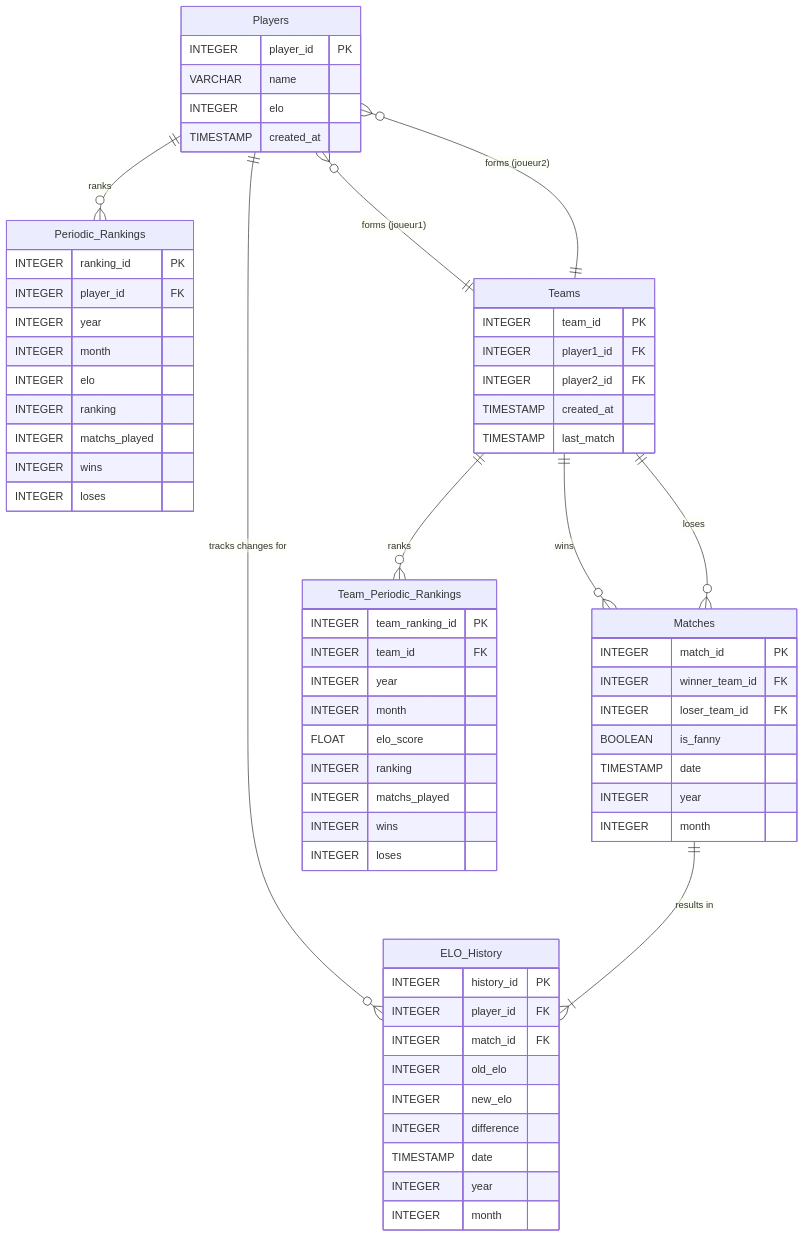
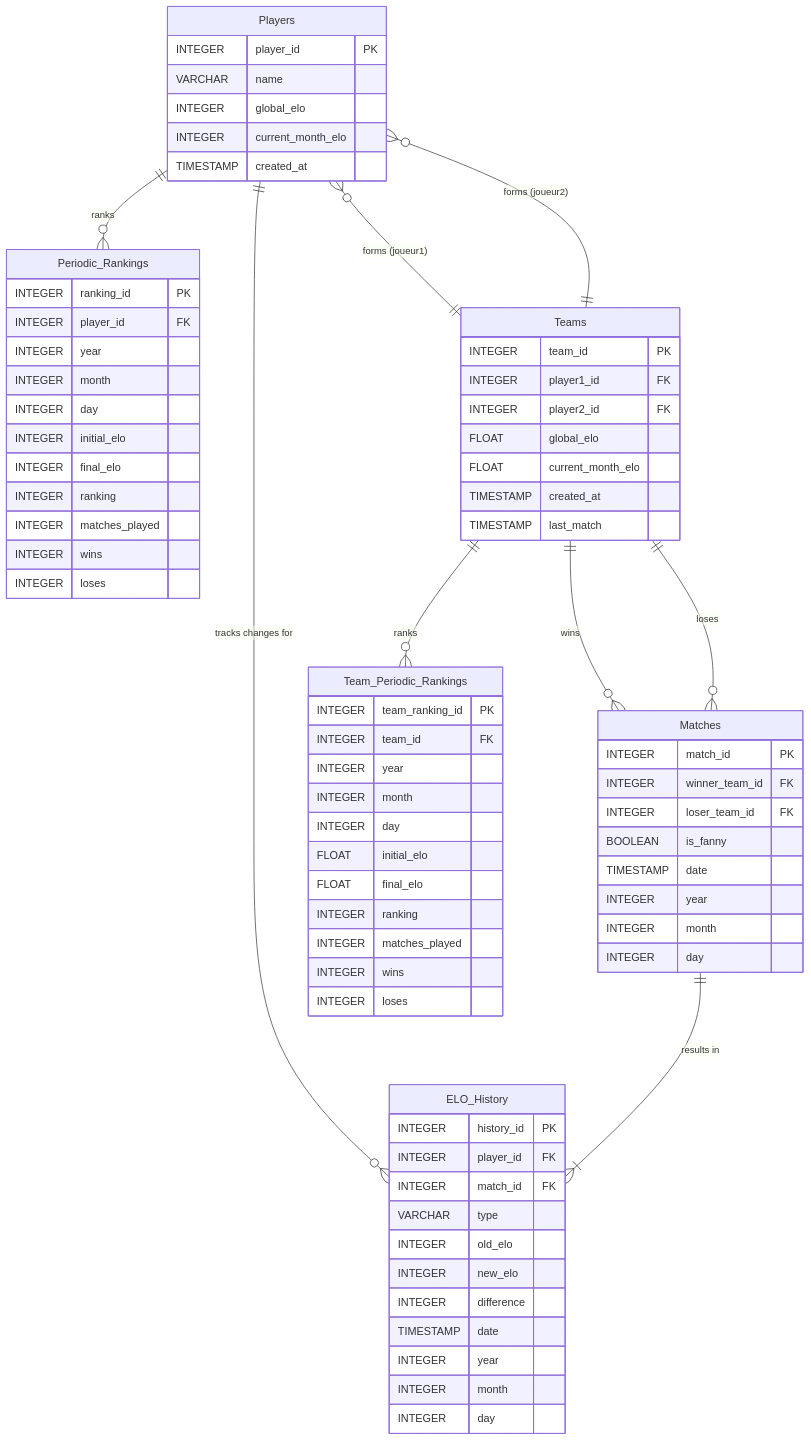
One commit to schalappe/baby_foot_elo changed the diagram in docs/project.md. Above: the diagram before and after it, drawn with Mermaid. The commit also changed other lines of this file, not shown here.

```diff
--- a/docs/project.md
+++ b/docs/project.md
@@ -96,7 +154,8 @@
     Players {
         INTEGER player_id PK
         VARCHAR name
-        INTEGER elo
+        INTEGER global_elo
+        INTEGER current_month_elo
         TIMESTAMP created_at
     }
 
@@ -104,6 +163,8 @@
         INTEGER team_id PK
         INTEGER player1_id FK
         INTEGER player2_id FK
+        FLOAT global_elo
+        FLOAT current_month_elo
         TIMESTAMP created_at
         TIMESTAMP last_match
     }
@@ -116,18 +177,21 @@
         TIMESTAMP date
         INTEGER year
         INTEGER month
+        INTEGER day
     }
 
     ELO_History {
         INTEGER history_id PK
         INTEGER player_id FK
         INTEGER match_id FK
+        VARCHAR type
         INTEGER old_elo
         INTEGER new_elo
         INTEGER difference
         TIMESTAMP date
         INTEGER year
         INTEGER month
+        INTEGER day
     }
 
     Periodic_Rankings {
@@ -135,9 +199,11 @@
         INTEGER player_id FK
         INTEGER year
         INTEGER month
-        INTEGER elo
+        INTEGER day
+        INTEGER initial_elo
+        INTEGER final_elo
         INTEGER ranking
-        INTEGER matchs_played
+        INTEGER matches_played
         INTEGER wins
         INTEGER loses
     }
@@ -147,9 +213,11 @@
         INTEGER team_id FK
         INTEGER year
         INTEGER month
-        FLOAT elo_score
+        INTEGER day
+        FLOAT initial_elo
+        FLOAT final_elo
         INTEGER ranking
-        INTEGER matchs_played
+        INTEGER matches_played
         INTEGER wins
         INTEGER loses
     }
```
